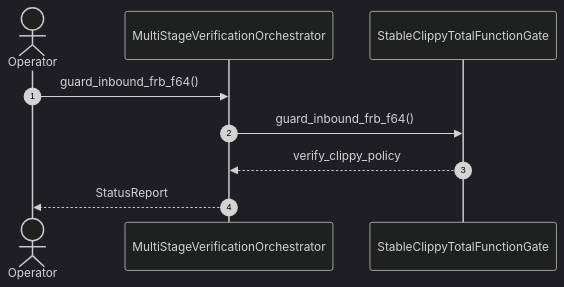
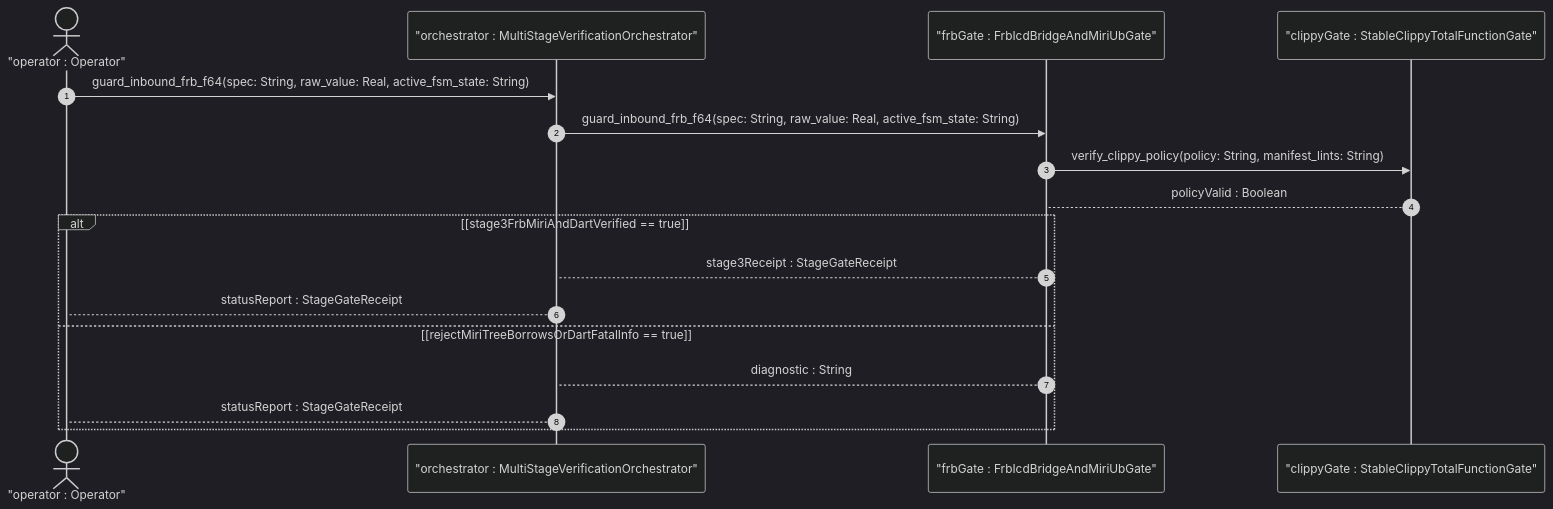
The first of 2 diagrams in .pipeline/upstream/docs/user-stories/US-63-guard_inbound_frb_f64.md (gintatkinson/DEAP01-spec-core), drawn with Mermaid (dark theme) before and after one commit. The commit also changed other lines of this file and 225 other files, not shown here.

````diff
--- a/.pipeline/upstream/docs/user-stories/US-63-guard_inbound_frb_f64.md
+++ b/.pipeline/upstream/docs/user-stories/US-63-guard_inbound_frb_f64.md
@@ -37,11 +38,19 @@
 ```mermaid
 sequenceDiagram
     autonumber
-    actor Operator
-    participant MultiStageVerificationOrchestrator
-    participant StableClippyTotalFunctionGate
-    Operator->>MultiStageVerificationOrchestrator: guard_inbound_frb_f64()
-    MultiStageVerificationOrchestrator->>StableClippyTotalFunctionGate: guard_inbound_frb_f64()
-    StableClippyTotalFunctionGate-->>MultiStageVerificationOrchestrator: verify_clippy_policy
-    MultiStageVerificationOrchestrator-->>Operator: StatusReport
+    actor Operator as "operator : Operator"
+    participant MultiStageVerificationOrchestrator as "orchestrator : MultiStageVerificationOrchestrator"
+    participant FrbIcdBridgeAndMiriUbGate as "frbGate : FrbIcdBridgeAndMiriUbGate"
+    participant StableClippyTotalFunctionGate as "clippyGate : StableClippyTotalFunctionGate"
+    Operator->>MultiStageVerificationOrchestrator: guard_inbound_frb_f64(spec: String, raw_value: Real, active_fsm_state: String)
+    MultiStageVerificationOrchestrator->>FrbIcdBridgeAndMiriUbGate: guard_inbound_frb_f64(spec: String, raw_value: Real, active_fsm_state: String)
+    FrbIcdBridgeAndMiriUbGate->>StableClippyTotalFunctionGate: verify_clippy_policy(policy: String, manifest_lints: String)
+    StableClippyTotalFunctionGate-->FrbIcdBridgeAndMiriUbGate: policyValid : Boolean
+    alt [stage3FrbMiriAndDartVerified == true]
+        FrbIcdBridgeAndMiriUbGate-->MultiStageVerificationOrchestrator: stage3Receipt : StageGateReceipt
+        MultiStageVerificationOrchestrator-->Operator: statusReport : StageGateReceipt
+    else [rejectMiriTreeBorrowsOrDartFatalInfo == true]
+        FrbIcdBridgeAndMiriUbGate-->MultiStageVerificationOrchestrator: diagnostic : String
+        MultiStageVerificationOrchestrator-->Operator: statusReport : StageGateReceipt
+    end
 ```
````
